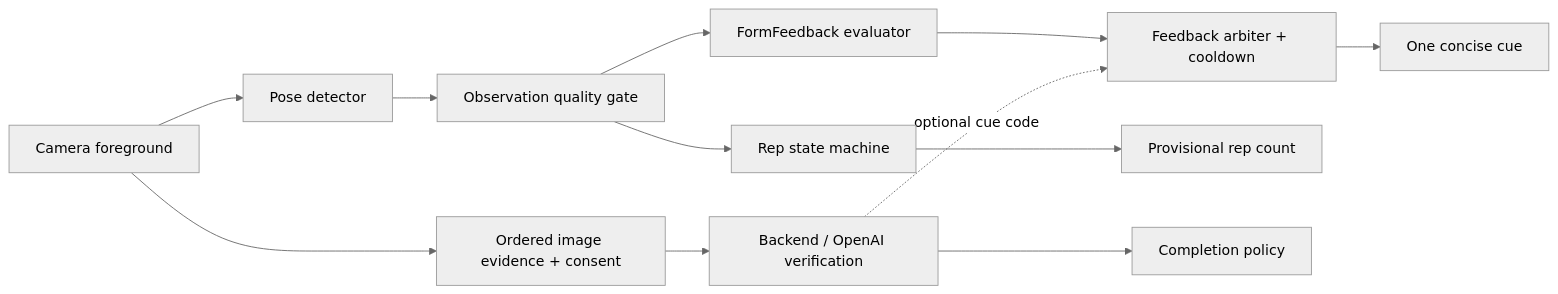
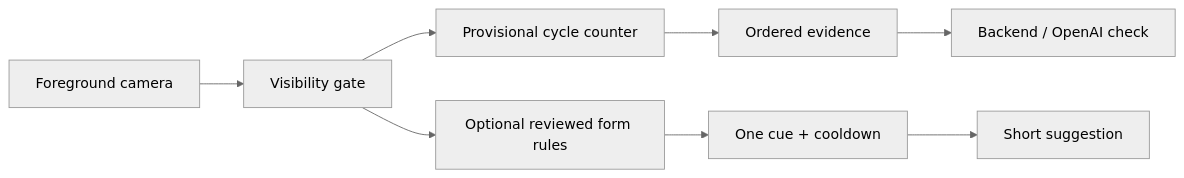
One commit to thanhdanh/HiMorning changed the diagram in docs/POSE-FEEDBACK-PLAN.md. Above: the diagram before and after it, drawn with Mermaid (neutral theme). The commit also changed other lines of this file and 14 other files, not shown here.

````diff
--- a/docs/POSE-FEEDBACK-PLAN.md
+++ b/docs/POSE-FEEDBACK-PLAN.md
@@ -31,14 +24,10 @@
 ```mermaid
 flowchart LR
-  CAM[Camera foreground] --> POSE[Pose detector]
-  POSE --> QUALITY[Observation quality gate]
-  QUALITY --> REP[Rep state machine]
-  QUALITY --> FORM[FormFeedback evaluator]
-  FORM --> ARB[Feedback arbiter + cooldown]
-  REP --> COUNT[Provisional rep count]
-  CAM --> EVIDENCE[Ordered image evidence + consent]
-  EVIDENCE --> CLOUD[Backend / OpenAI verification]
-  CLOUD --> POLICY[Completion policy]
-  CLOUD -. optional cue code .-> ARB
-  ARB --> UI[One concise cue]
+  CAMERA[Foreground camera] --> QUALITY[Visibility gate]
+  QUALITY --> REP[Provisional cycle counter]
+  QUALITY --> FORM[Optional reviewed form rules]
+  FORM --> ARBITER[One cue + cooldown]
+  REP --> EVIDENCE[Ordered evidence]
+  EVIDENCE --> AI[Backend / OpenAI check]
+  ARBITER --> UI[Short suggestion]
 ```
````
